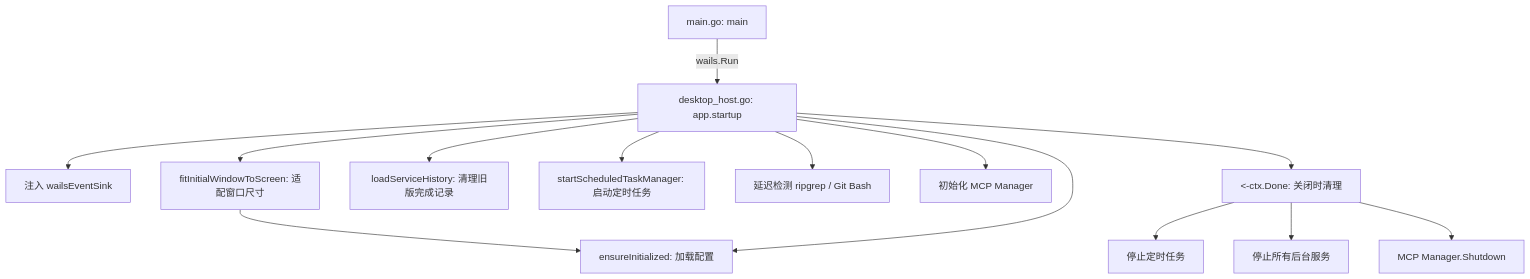
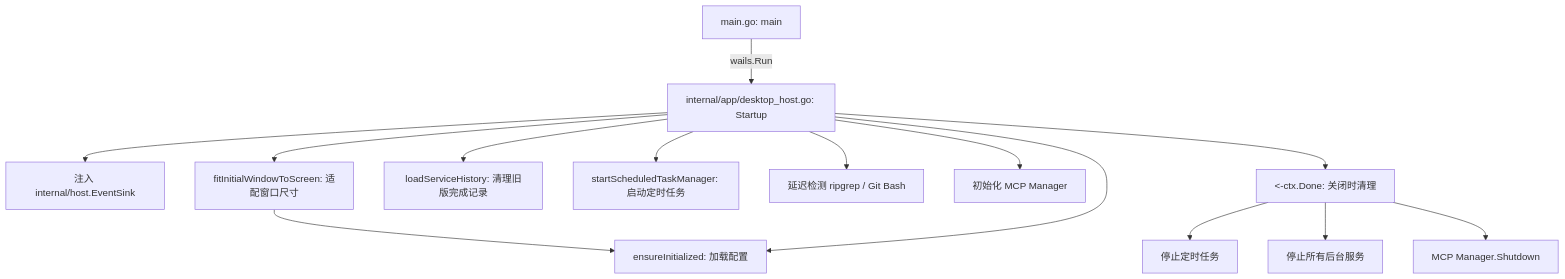
The first of 5 diagrams in CODEGRAPH.md (Bronya0/ally-agent), drawn with Mermaid before and after one commit. The commit also changed other lines of this file and 92 other files, not shown here.

````diff
--- a/CODEGRAPH.md
+++ b/CODEGRAPH.md
@@ -73,16 +41,16 @@
 ```mermaid
 flowchart TD
-    main[main.go: main] -->|wails.Run| startup[desktop_host.go: app.startup]
-    startup --> sink[注入 wailsEventSink]
+    main[main.go: main] -->|wails.Run| startup[internal/app/desktop_host.go: Startup]
+    startup --> sink[注入 internal/host.EventSink]
     startup --> fitWin[fitInitialWindowToScreen: 适配窗口尺寸]
     fitWin --> initCfg[ensureInitialized: 加载配置]
     startup --> initCfg
     startup --> cleanupServices[loadServiceHistory: 清理旧版完成记录]
     startup --> startSched[startScheduledTaskManager: 启动定时任务]
     startup --> checkDep[延迟检测 ripgrep / Git Bash]
     startup --> mcpInit[初始化 MCP Manager]
     startup --> ctxDone[<-ctx.Done: 关闭时清理]
     ctxDone --> stopSched[停止定时任务]
     ctxDone --> stopServices[停止所有后台服务]
     ctxDone --> mcpShutdown[MCP Manager.Shutdown]
 ```
````
